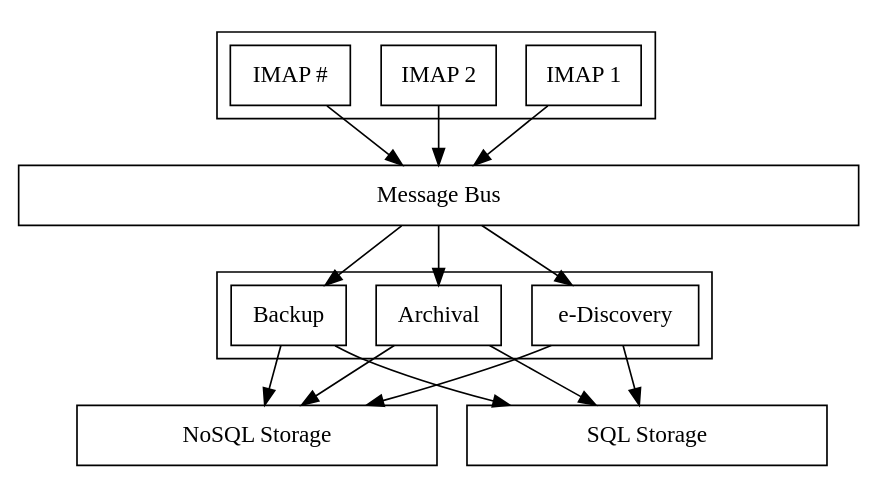
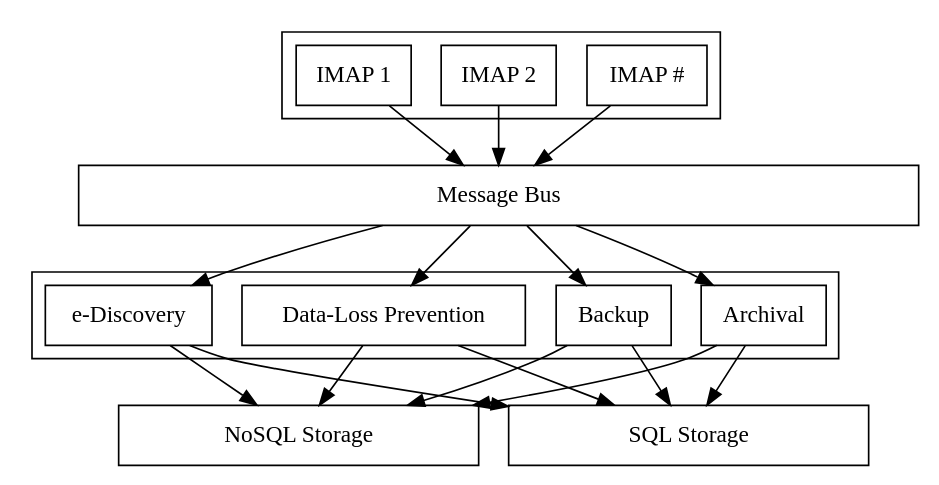
The sixth of 14 diagrams in source/architecture-and-design/bonnie.rst (kanarip/kolab-docs), drawn with Graphviz before and after one commit. The commit also changed other lines of this file and 1 other file, not shown here.

```diff
--- a/source/architecture-and-design/bonnie.rst
+++ b/source/architecture-and-design/bonnie.rst
@@ -41,32 +520,34 @@
 .. graphviz::
 
     digraph {
             subgraph cluster_imap {
                     width = 7.0;
+                    "IMAP #" [shape=rectangle];
+                    "IMAP 2" [shape=rectangle];
                     "IMAP 1" [shape=rectangle];
-                    "IMAP 2" [shape=rectangle];
-                    "IMAP #" [shape=rectangle];
                 }
 
             "Message Bus" [shape=rectangle,width=7.0];
 
+            "IMAP #" -> "Message Bus";
+            "IMAP 2" -> "Message Bus";
             "IMAP 1" -> "Message Bus";
-            "IMAP 2" -> "Message Bus";
-            "IMAP #" -> "Message Bus";
 
             subgraph cluster_subscribers {
                     width = 7.0;
                     "Archival" [shape=rectangle];
                     "Backup" [shape=rectangle];
+                    "Data-Loss Prevention" [shape=rectangle];
                     "e-Discovery" [shape=rectangle];
                 }
 
             "Message Bus" -> "Archival";
             "Message Bus" -> "Backup";
+            "Message Bus" -> "Data-Loss Prevention";
             "Message Bus" -> "e-Discovery";
 
             "NoSQL Storage" [shape=rectangle,width=3.0];
             "SQL Storage" [shape=rectangle,width=3.0];
 
-            "Archival", "Backup", "e-Discovery" -> "NoSQL Storage", "SQL Storage";
+            "Archival", "Backup", "Data-Loss Prevention", "e-Discovery" -> "NoSQL Storage", "SQL Storage";
         }
```
